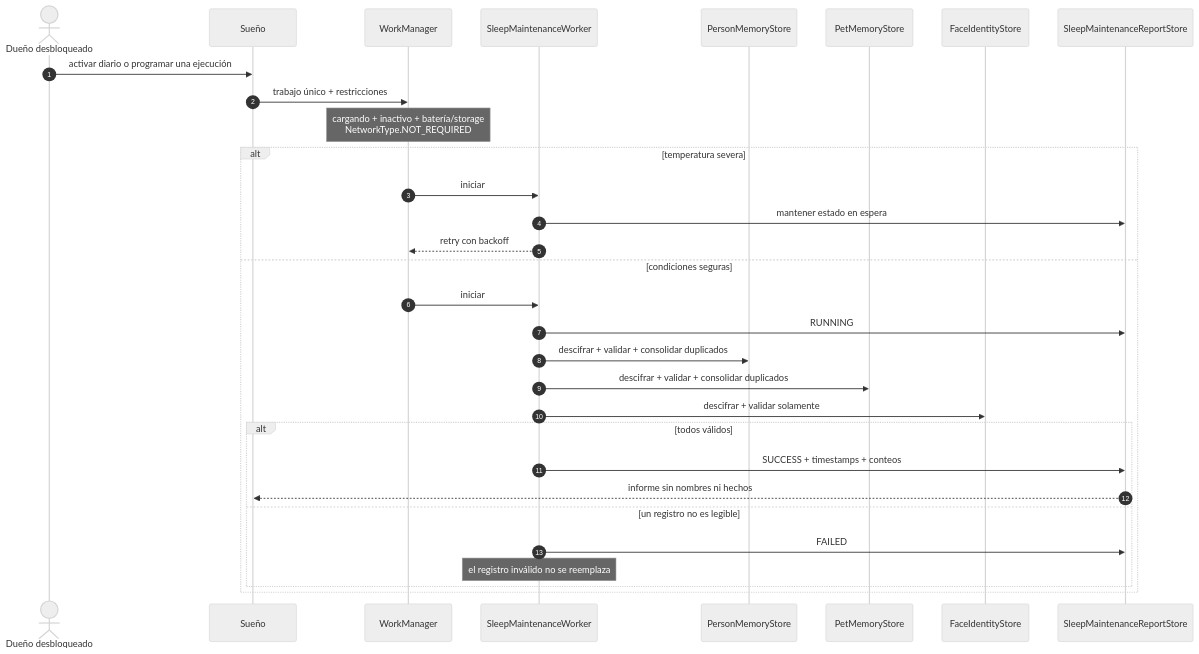
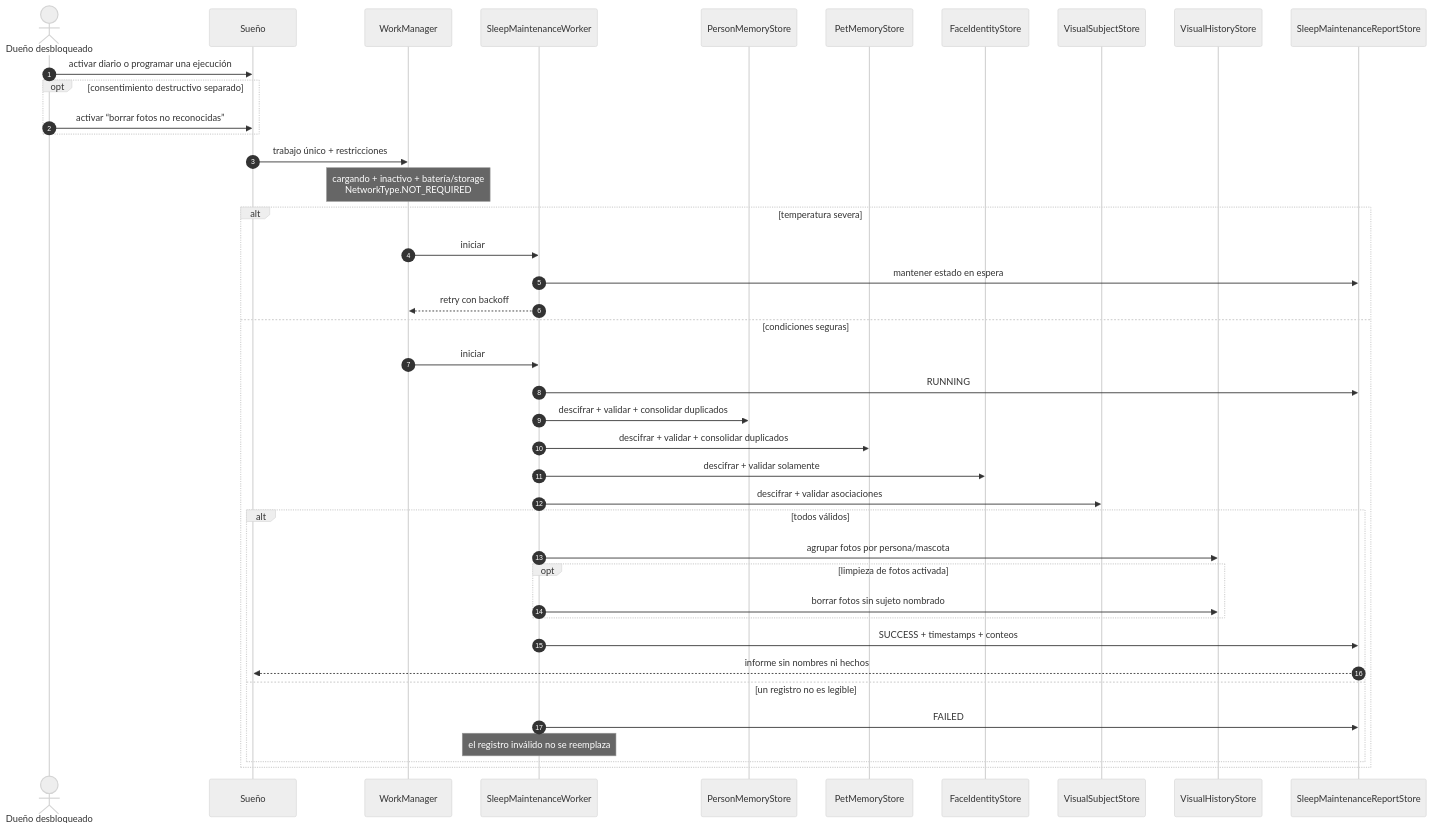
The ninth of 11 diagrams in docs/FLOWS.md (arielmendz/kiko), drawn with Mermaid (neutral theme) before and after one commit. The commit also changed other lines of this file and 28 other files, not shown here.

````diff
--- a/docs/FLOWS.md
+++ b/docs/FLOWS.md
@@ -372,35 +375,45 @@
 ```mermaid
 sequenceDiagram
     autonumber
     actor Owner as Dueño desbloqueado
     participant UI as Sueño
     participant Scheduler as WorkManager
     participant Worker as SleepMaintenanceWorker
     participant People as PersonMemoryStore
     participant Pets as PetMemoryStore
     participant Faces as FaceIdentityStore
+    participant Subjects as VisualSubjectStore
+    participant History as VisualHistoryStore
     participant Report as SleepMaintenanceReportStore
 
     Owner->>UI: activar diario o programar una ejecución
+    opt consentimiento destructivo separado
+        Owner->>UI: activar “borrar fotos no reconocidas”
+    end
     UI->>Scheduler: trabajo único + restricciones
     Note over Scheduler: cargando + inactivo + batería/storage<br/>NetworkType.NOT_REQUIRED
 
     alt temperatura severa
         Scheduler->>Worker: iniciar
         Worker->>Report: mantener estado en espera
         Worker-->>Scheduler: retry con backoff
     else condiciones seguras
         Scheduler->>Worker: iniciar
         Worker->>Report: RUNNING
         Worker->>People: descifrar + validar + consolidar duplicados
         Worker->>Pets: descifrar + validar + consolidar duplicados
         Worker->>Faces: descifrar + validar solamente
+        Worker->>Subjects: descifrar + validar asociaciones
         alt todos válidos
+            Worker->>History: agrupar fotos por persona/mascota
+            opt limpieza de fotos activada
+                Worker->>History: borrar fotos sin sujeto nombrado
+            end
             Worker->>Report: SUCCESS + timestamps + conteos
             Report-->>UI: informe sin nombres ni hechos
         else un registro no es legible
             Worker->>Report: FAILED
             Note over Worker: el registro inválido no se reemplaza
         end
     end
 ```
````
